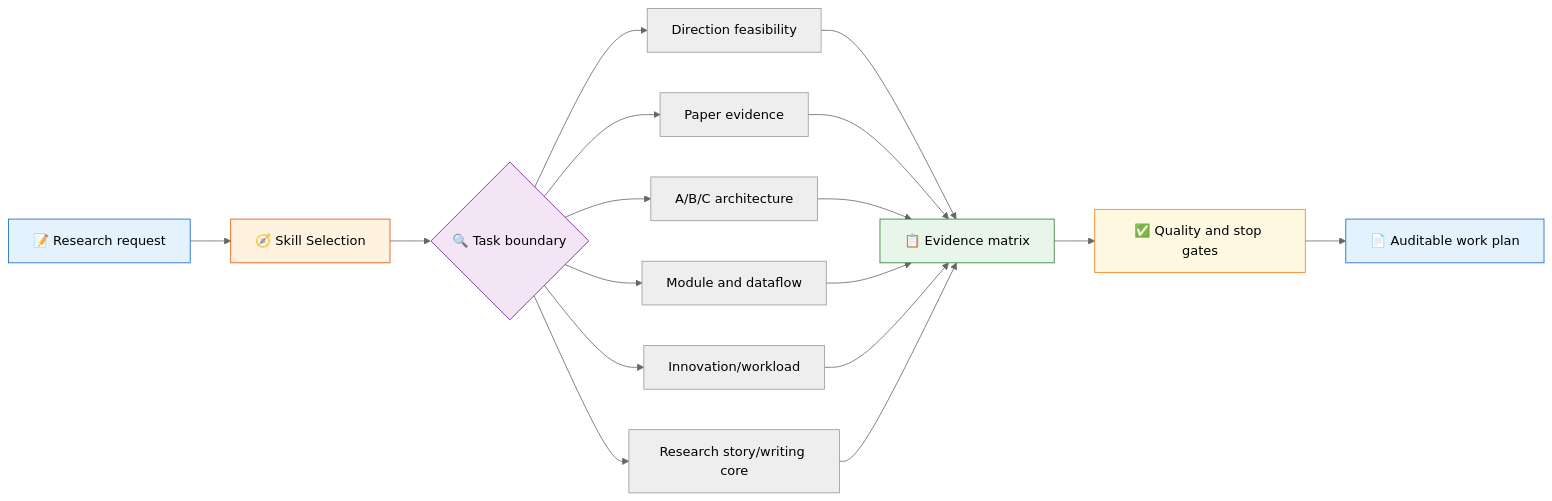
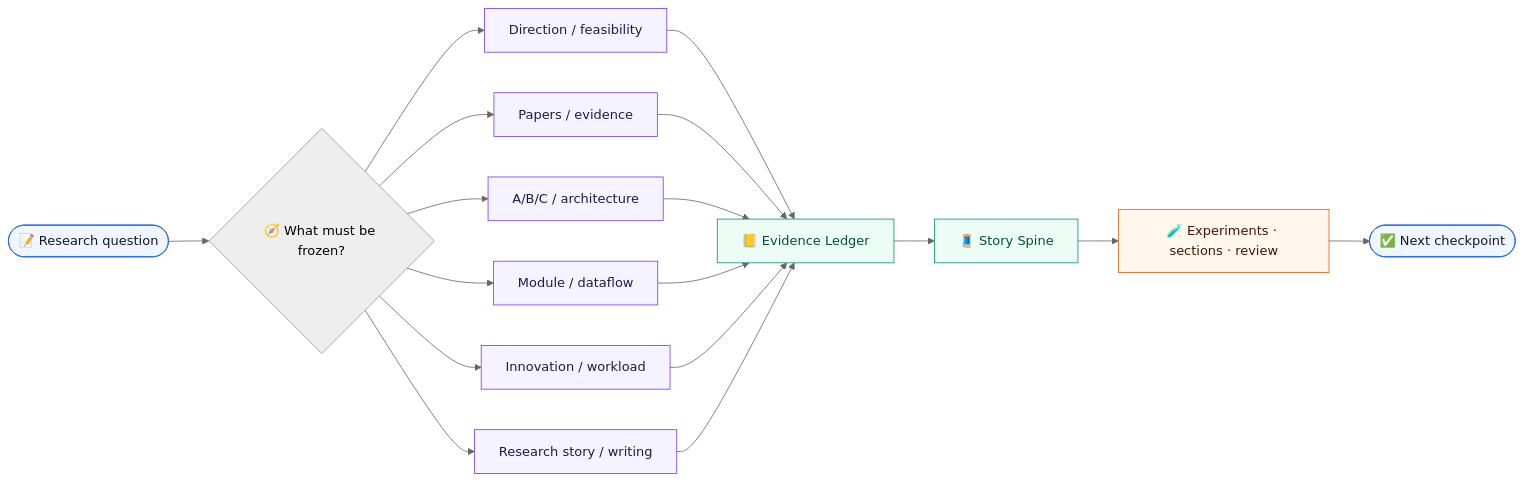
The diagram in README.en.md (liang1228/academic-stitcher-skill), drawn with Mermaid (neutral theme) before and after one commit. The commit also changed other lines of this file and 1 other file, not shown here.

````diff
--- a/README.en.md
+++ b/README.en.md
@@ -16,21 +129,23 @@
 ```mermaid
 flowchart LR
-    A["📝 Research request"] --> B["🧭 Skill Selection"]
-    B --> C{"🔍 Task boundary"}
-    C --> D["Direction feasibility"]
-    C --> E["Paper evidence"]
-    C --> F["A/B/C architecture"]
-    C --> G["Module and dataflow"]
-    C --> H["Innovation/workload"]
-    C --> S["Research story/writing core"]
-    D & E & F & G & H & S --> I["📋 Evidence matrix"]
-    I --> J["✅ Quality and stop gates"]
-    J --> K["📄 Auditable work plan"]
+    Q(["📝 Research question"]) --> R{"🧭 What must be frozen?"}
+    R --> D["Direction / feasibility"]
+    R --> P["Papers / evidence"]
+    R --> A["A/B/C / architecture"]
+    R --> M["Module / dataflow"]
+    R --> W["Innovation / workload"]
+    R --> S["Research story / writing"]
+    D & P & A & M & W & S --> L["📒 Evidence Ledger"]
+    L --> T["🧵 Story Spine"]
+    T --> X["🧪 Experiments · sections · review"]
+    X --> K(["✅ Next checkpoint"])
 
-    style A fill:#e3f2fd,stroke:#1565c0
-    style B fill:#fff3e0,stroke:#e65100
-    style C fill:#f3e5f5,stroke:#6a1b9a
-    style I fill:#e8f5e9,stroke:#2e7d32
-    style J fill:#fff8e1,stroke:#f57f17
-    style K fill:#e3f2fd,stroke:#1565c0
+    classDef input fill:#eff6ff,stroke:#2563eb,color:#0f172a
+    classDef route fill:#f5f3ff,stroke:#7c3aed,color:#1e1b4b
+    classDef ledger fill:#ecfdf5,stroke:#059669,color:#064e3b
+    classDef output fill:#fff7ed,stroke:#ea580c,color:#431407
+    class Q,K input
+    class D,P,A,M,W,S route
+    class L,T ledger
+    class X output
 ```
````
